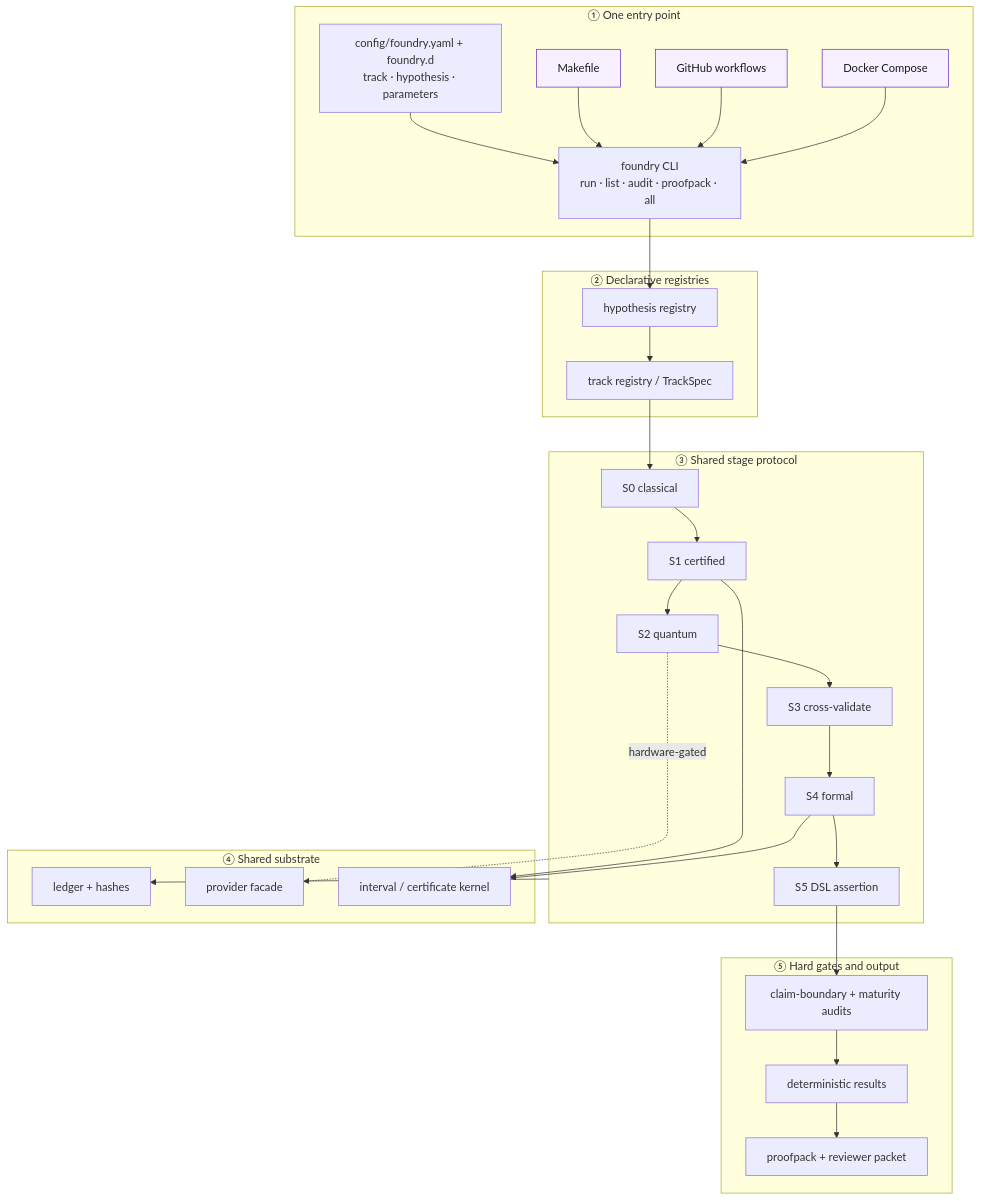
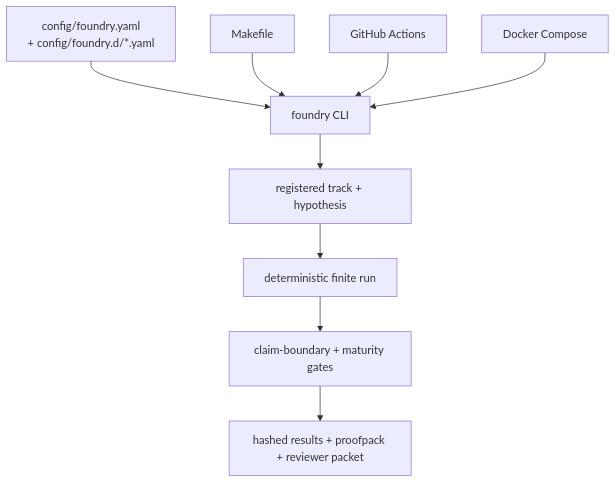
The fifth of 7 diagrams in README.md (XioAISolutions/gaugegap-foundry), drawn with Mermaid before and after one commit. The commit also changed other lines of this file, not shown here.

````diff
--- a/README.md
+++ b/README.md
@@ -34,51 +381,11 @@
 ```mermaid
 flowchart TB
-    subgraph ENTRY["① One entry point"]
-        CFG["config/foundry.yaml + foundry.d<br/>track · hypothesis · parameters"]
-        CLI["foundry CLI<br/>run · list · audit · proofpack · all"]
-        MK["Makefile"]:::thin
-        CI["GitHub workflows"]:::thin
-        DK["Docker Compose"]:::thin
-        CFG --> CLI
-        MK --> CLI
-        CI --> CLI
-        DK --> CLI
-    end
-
-    subgraph REG["② Declarative registries"]
-        H["hypothesis registry"]
-        T["track registry / TrackSpec"]
-        H --> T
-    end
-    CLI --> H
-
-    subgraph ORCH["③ Shared stage protocol"]
-        S0["S0 classical"]
-        S1["S1 certified"]
-        S2["S2 quantum"]
-        S3["S3 cross-validate"]
-        S4["S4 formal"]
-        S5["S5 DSL assertion"]
-        S0 --> S1 --> S2 --> S3 --> S4 --> S5
-    end
-    T --> S0
-
-    subgraph SUB["④ Shared substrate"]
-        L["ledger + hashes"]
-        P["provider facade"]
-        C["interval / certificate kernel"]
-    end
-    S2 -. hardware-gated .-> P
-    S1 --> C
-    S4 --> C
-    ORCH --> L
-
-    subgraph OUT["⑤ Hard gates and output"]
-        A["claim-boundary + maturity audits"]
-        R["deterministic results"]
-        PP["proofpack + reviewer packet"]
-        S5 --> A --> R --> PP
-    end
-
-    classDef thin fill:#f6f0ff,stroke:#6929c4,color:#1a1a1a;
+    CFG["config/foundry.yaml<br/>+ config/foundry.d/*.yaml"] --> CLI["foundry CLI"]
+    MK["Makefile"] --> CLI
+    CI["GitHub Actions"] --> CLI
+    DK["Docker Compose"] --> CLI
+    CLI --> REG["registered track + hypothesis"]
+    REG --> RUN["deterministic finite run"]
+    RUN --> AUD["claim-boundary + maturity gates"]
+    AUD --> ART["hashed results + proofpack + reviewer packet"]
 ```
````
